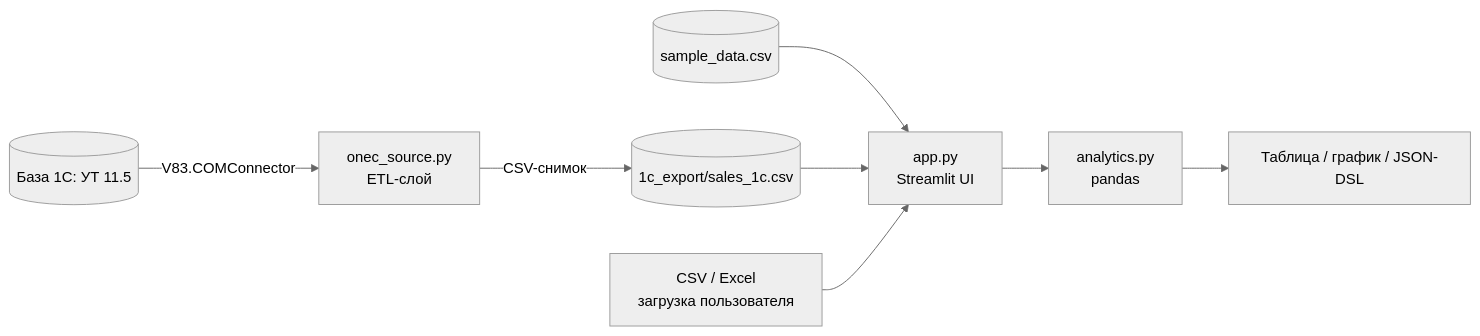
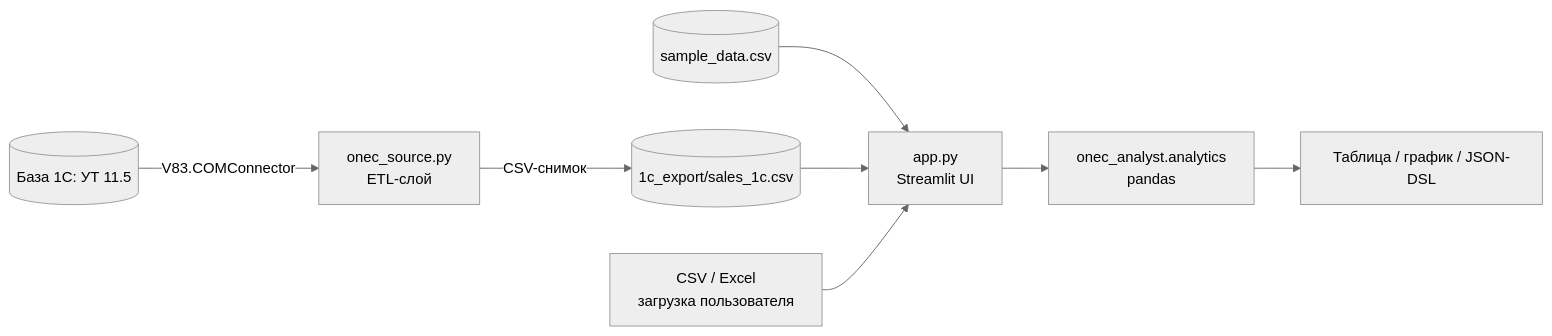
Before and after one commit to Smaturus/1c-ai-analyst: the diagram in README.md, drawn with Mermaid (neutral theme). The commit also changed other lines of this file and 25 other files, not shown here.

First line of the commit message:
refactor: move domain modules into src/onec_analyst package

````diff
--- a/README.md
+++ b/README.md
@@ -20,10 +20,10 @@
 ```mermaid
 flowchart LR
     BASE[("База 1С: УТ 11.5")] -->|V83.COMConnector| ETL["onec_source.py<br/>ETL-слой"]
     ETL -->|CSV-снимок| SNAP[("1c_export/sales_1c.csv")]
     SAMPLE[("sample_data.csv")] --> APP["app.py<br/>Streamlit UI"]
     SNAP --> APP
     UPLOAD["CSV / Excel<br/>загрузка пользователя"] --> APP
-    APP --> ANALYTICS["analytics.py<br/>pandas"]
+    APP --> ANALYTICS["onec_analyst.analytics<br/>pandas"]
     ANALYTICS --> OUT["Таблица / график / JSON-DSL"]
 ```
````
